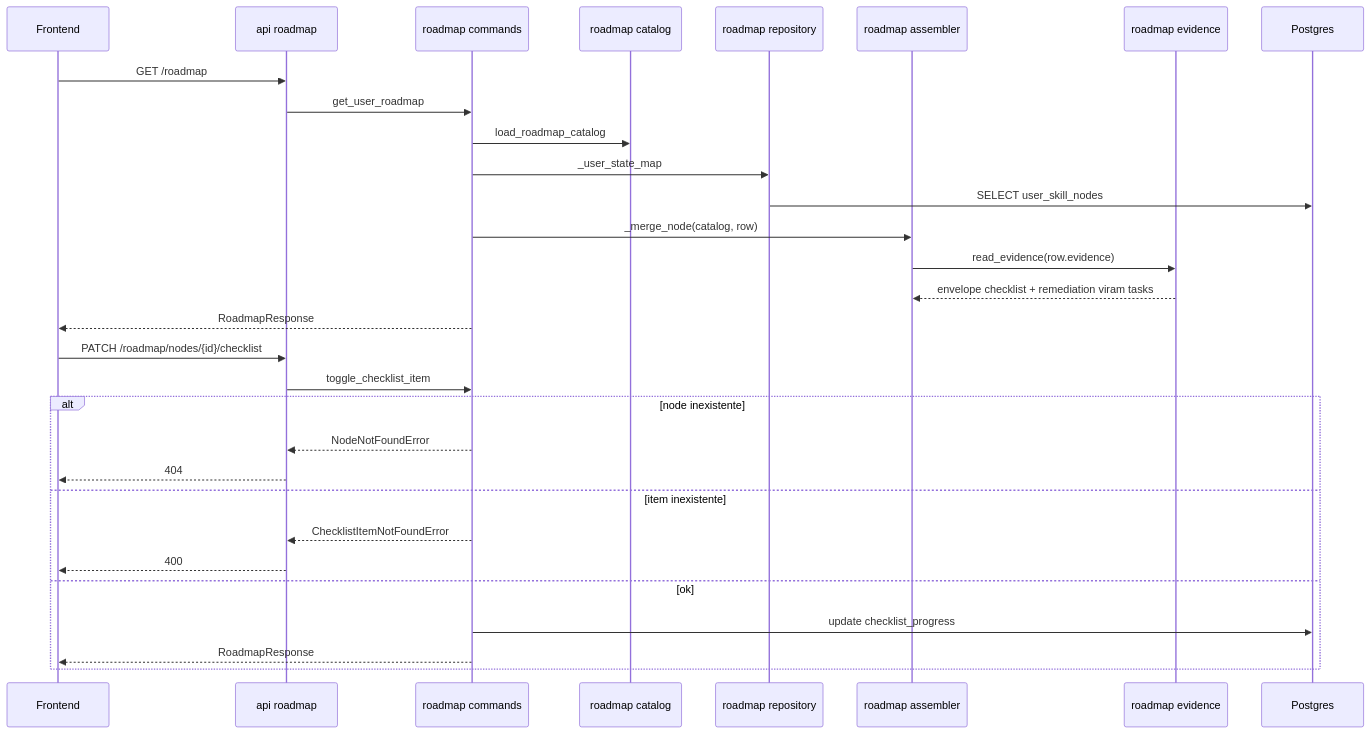
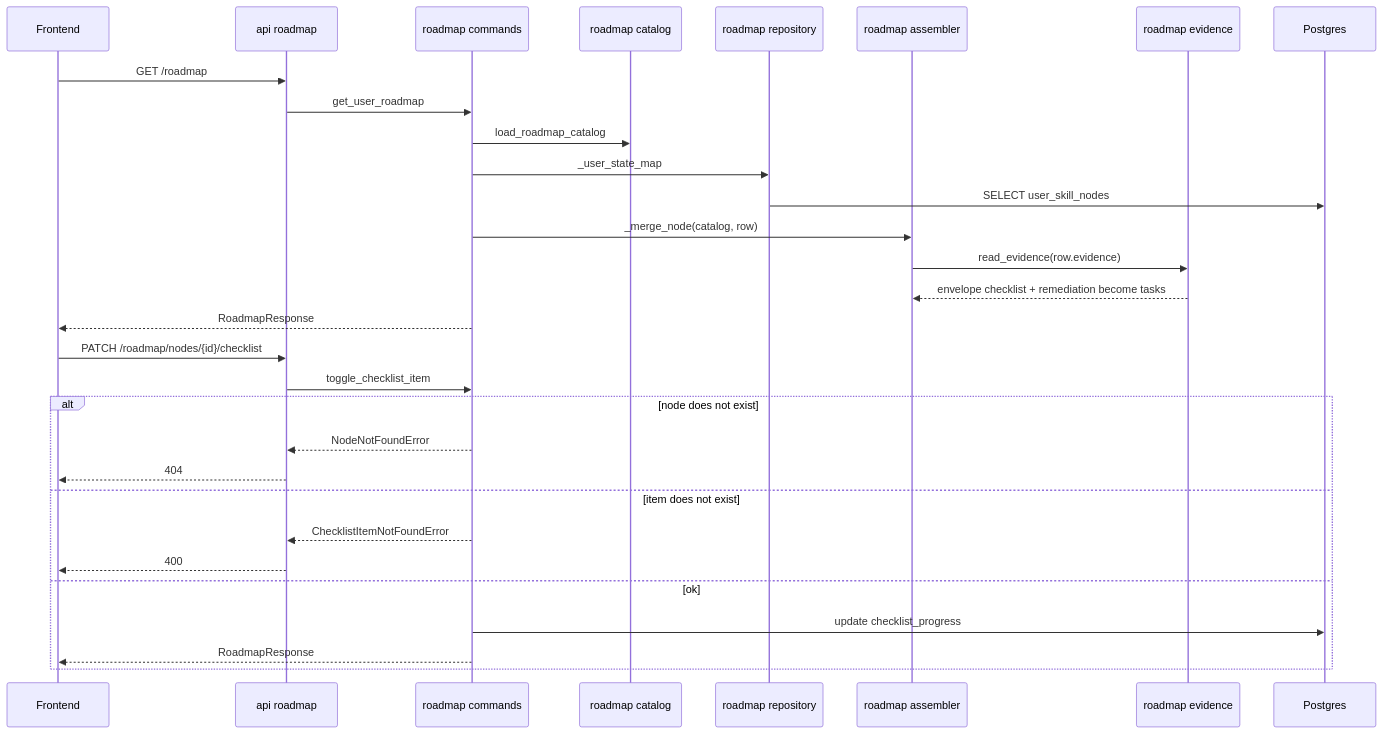
Before and after one commit to BorderlessCodingHub/career-forge-v2: the fourth of 9 diagrams in docs/ARCHITECTURE.md, drawn with Mermaid. The commit also changed other lines of this file and 24 other files, not shown here.

````diff
--- a/docs/ARCHITECTURE.md
+++ b/docs/ARCHITECTURE.md
@@ -253,34 +253,34 @@
 ```mermaid
 sequenceDiagram
   participant FE as Frontend
   participant R as api roadmap
   participant CMD as roadmap commands
   participant CAT as roadmap catalog
   participant REPO as roadmap repository
   participant ASM as roadmap assembler
   participant EV as roadmap evidence
   participant DB as Postgres
 
   FE->>R: GET /roadmap
   R->>CMD: get_user_roadmap
   CMD->>CAT: load_roadmap_catalog
   CMD->>REPO: _user_state_map
   REPO->>DB: SELECT user_skill_nodes
   CMD->>ASM: _merge_node(catalog, row)
   ASM->>EV: read_evidence(row.evidence)
-  EV-->>ASM: envelope checklist + remediation viram tasks
+  EV-->>ASM: envelope checklist + remediation become tasks
   CMD-->>FE: RoadmapResponse
 
   FE->>R: PATCH /roadmap/nodes/{id}/checklist
   R->>CMD: toggle_checklist_item
-  alt node inexistente
+  alt node does not exist
     CMD-->>R: NodeNotFoundError
     R-->>FE: 404
-  else item inexistente
+  else item does not exist
     CMD-->>R: ChecklistItemNotFoundError
     R-->>FE: 400
   else ok
     CMD->>DB: update checklist_progress
     CMD-->>FE: RoadmapResponse
   end
 ```
````
